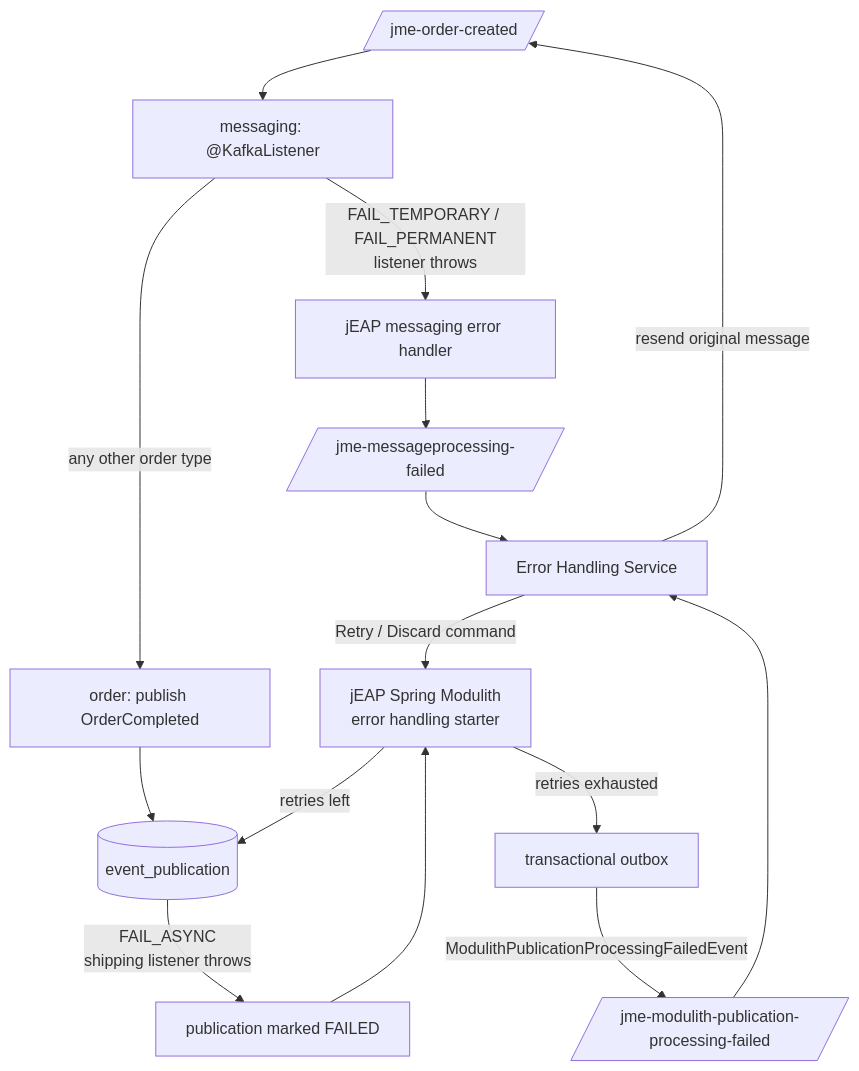
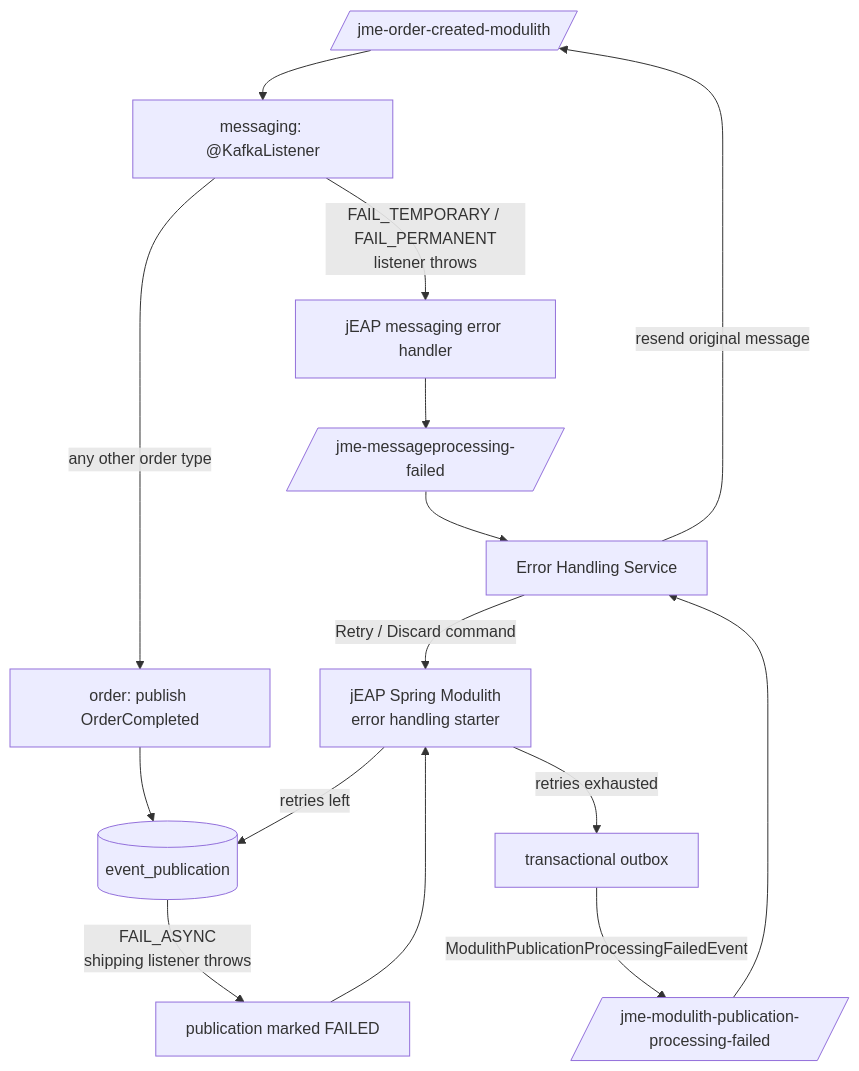
One commit to jme-admin-ch/jme-spring-modulith-example changed the fourth of 5 diagrams in docs/architecture.md. Above: the diagram before and after it, drawn with Mermaid. The commit also changed other lines of this file and 17 other files, not shown here.

Commit message:
JEAP-7449 Isolate Modulith order events on a dedicated topic

````diff
--- a/docs/architecture.md
+++ b/docs/architecture.md
@@ -143,19 +143,19 @@
 ```mermaid
 flowchart TB
-    K[/"jme-order-created"/] --> C["messaging: @KafkaListener"]
+    K[/"jme-order-created-modulith"/] --> C["messaging: @KafkaListener"]
 
     C -->|" FAIL_TEMPORARY / FAIL_PERMANENT<br/>listener throws "| EH["jEAP messaging error handler"]
     EH --> ET[/"jme-messageprocessing-failed"/]
     ET --> EHS["Error Handling Service"]
     EHS -->|" resend original message "| K
 
     C -->|" any other order type "| ORD["order: publish OrderCompleted"]
     ORD --> REG[("event_publication")]
     REG -->|" FAIL_ASYNC<br/>shipping listener throws "| F["publication marked FAILED"]
     F --> STARTER["jEAP Spring Modulith<br/>error handling starter"]
     STARTER -->|" retries left "| REG
     STARTER -->|" retries exhausted "| OUTBOX["transactional outbox"]
     OUTBOX -->|" ModulithPublicationProcessingFailedEvent "| MET[/"jme-modulith-publication-processing-failed"/]
     MET --> EHS
     EHS -->|" Retry / Discard command "| STARTER
 ```
````
